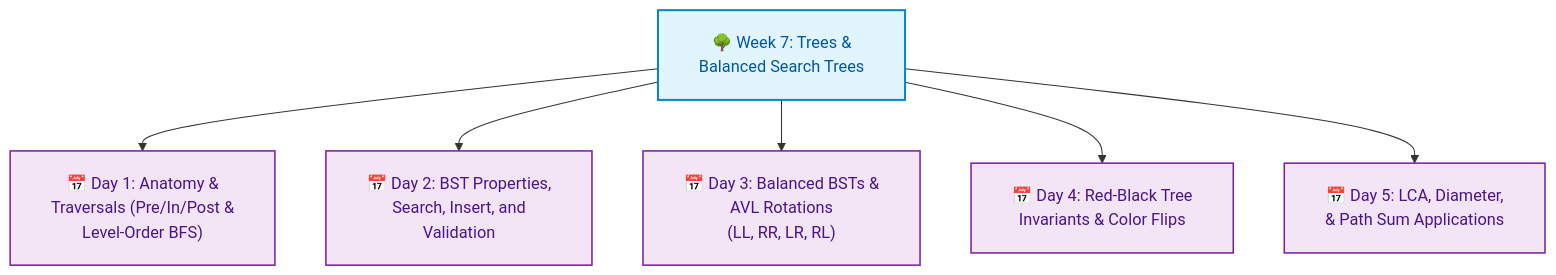
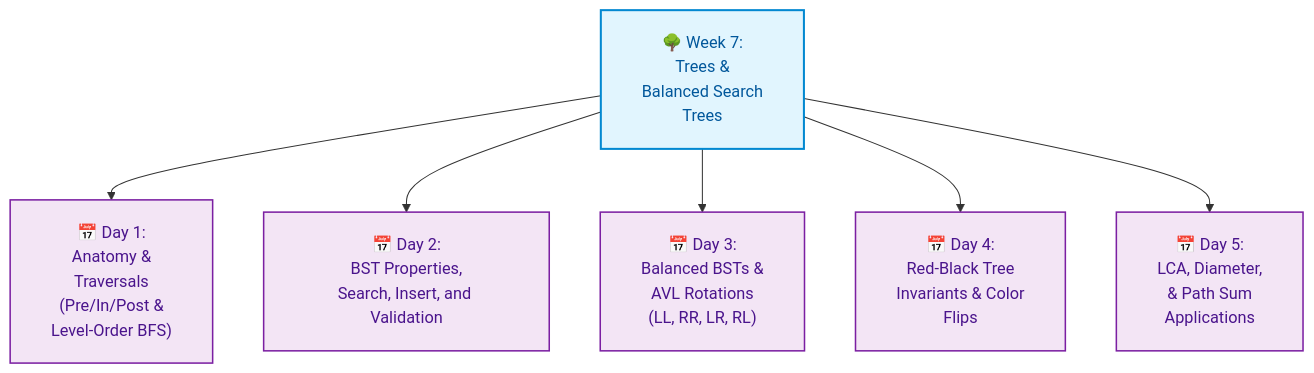
The first of 25 diagrams in week_07_trees_and_balanced_search_trees/Week_07_Visual_Concepts_Playbook_HYBRID.md (dip4k/DSA_102), drawn with Mermaid before and after one commit. The commit also changed other lines of this file and 106 other files, not shown here.

First line of the commit message:
fix(mermaid): prevent text clipping with foreignObject overflow and tighter line wrapping

````diff
--- a/week_07_trees_and_balanced_search_trees/Week_07_Visual_Concepts_Playbook_HYBRID.md
+++ b/week_07_trees_and_balanced_search_trees/Week_07_Visual_Concepts_Playbook_HYBRID.md
@@ -46,13 +46,13 @@
 ```mermaid
-%%{init: {"flowchart": {"htmlLabels": true, "padding": 20}}}%%
+%%{init: {"flowchart": {"htmlLabels": true, "padding": 20}, "themeCSS": "foreignObject { overflow: visible !important; }"}}%%
 flowchart TD
     classDef week fill:#e1f5fe,stroke:#0288d1,color:#01579b,stroke-width:2px;
     classDef day fill:#f3e5f5,stroke:#7b1fa2,color:#4a148c,stroke-width:1.5px;
 
-    W["🌳 Week 7: Trees &<br/>Balanced Search Trees"]:::week
-    W --> D1["📅 Day 1: Anatomy &<br/>Traversals (Pre/In/Post &<br/>Level-Order BFS)"]:::day
-    W --> D2["📅 Day 2: BST Properties,<br/>Search, Insert, and<br/>Validation"]:::day
-    W --> D3["📅 Day 3: Balanced BSTs &<br/>AVL Rotations<br/>(LL, RR, LR, RL)"]:::day
-    W --> D4["📅 Day 4: Red-Black Tree<br/>Invariants & Color Flips"]:::day
-    W --> D5["📅 Day 5: LCA, Diameter,<br/>& Path Sum Applications"]:::day
+    W["🌳 Week 7:<br/>Trees &<br/>Balanced Search<br/>Trees"]:::week
+    W --> D1["📅 Day 1:<br/>Anatomy &<br/>Traversals<br/>(Pre/In/Post &<br/>Level-Order BFS)"]:::day
+    W --> D2["📅 Day 2:<br/>BST Properties,<br/>Search, Insert, and Validation"]:::day
+    W --> D3["📅 Day 3:<br/>Balanced BSTs &<br/>AVL Rotations<br/>(LL, RR, LR, RL)"]:::day
+    W --> D4["📅 Day 4:<br/>Red-Black Tree<br/>Invariants & Color<br/>Flips"]:::day
+    W --> D5["📅 Day 5:<br/>LCA, Diameter,<br/>& Path Sum<br/>Applications"]:::day
 ```
````
